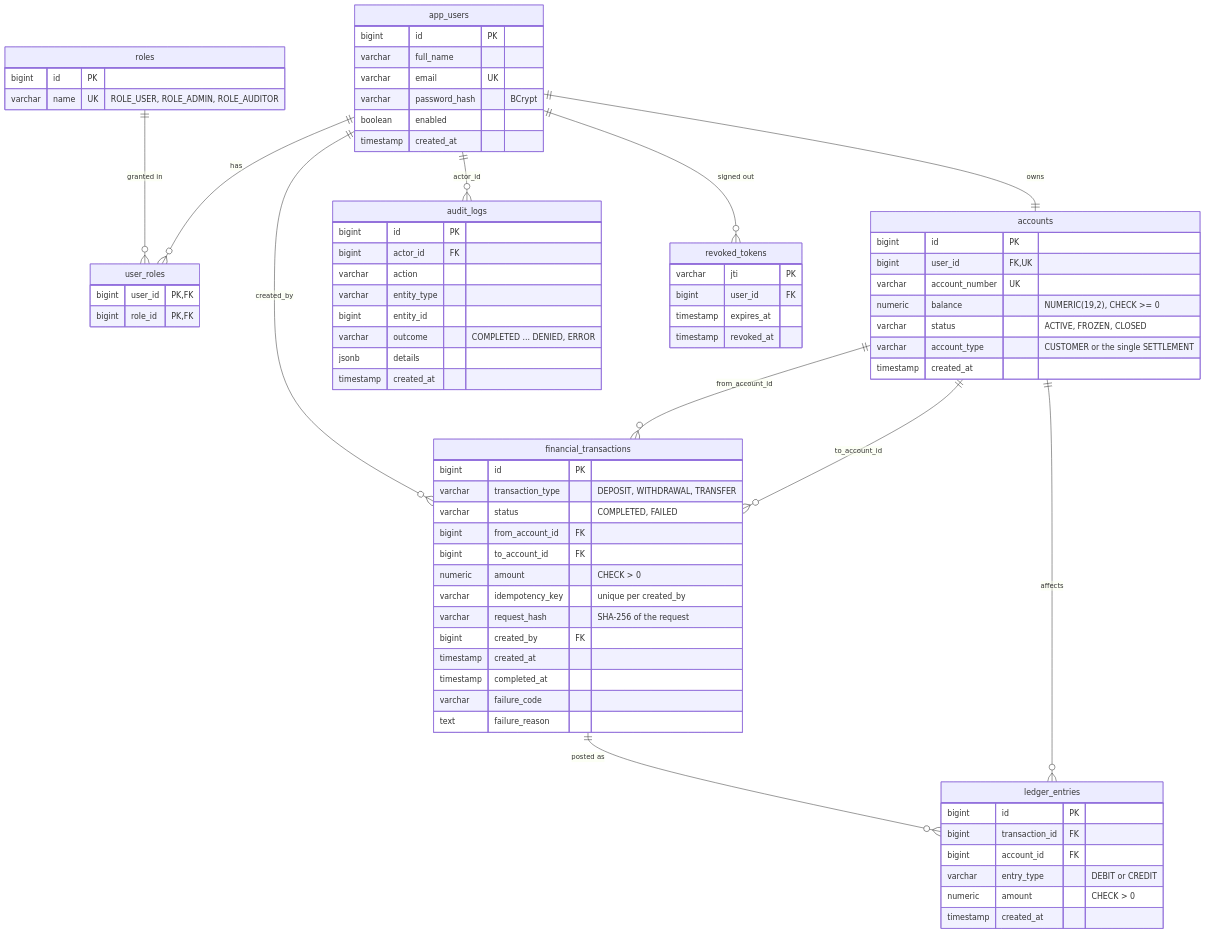
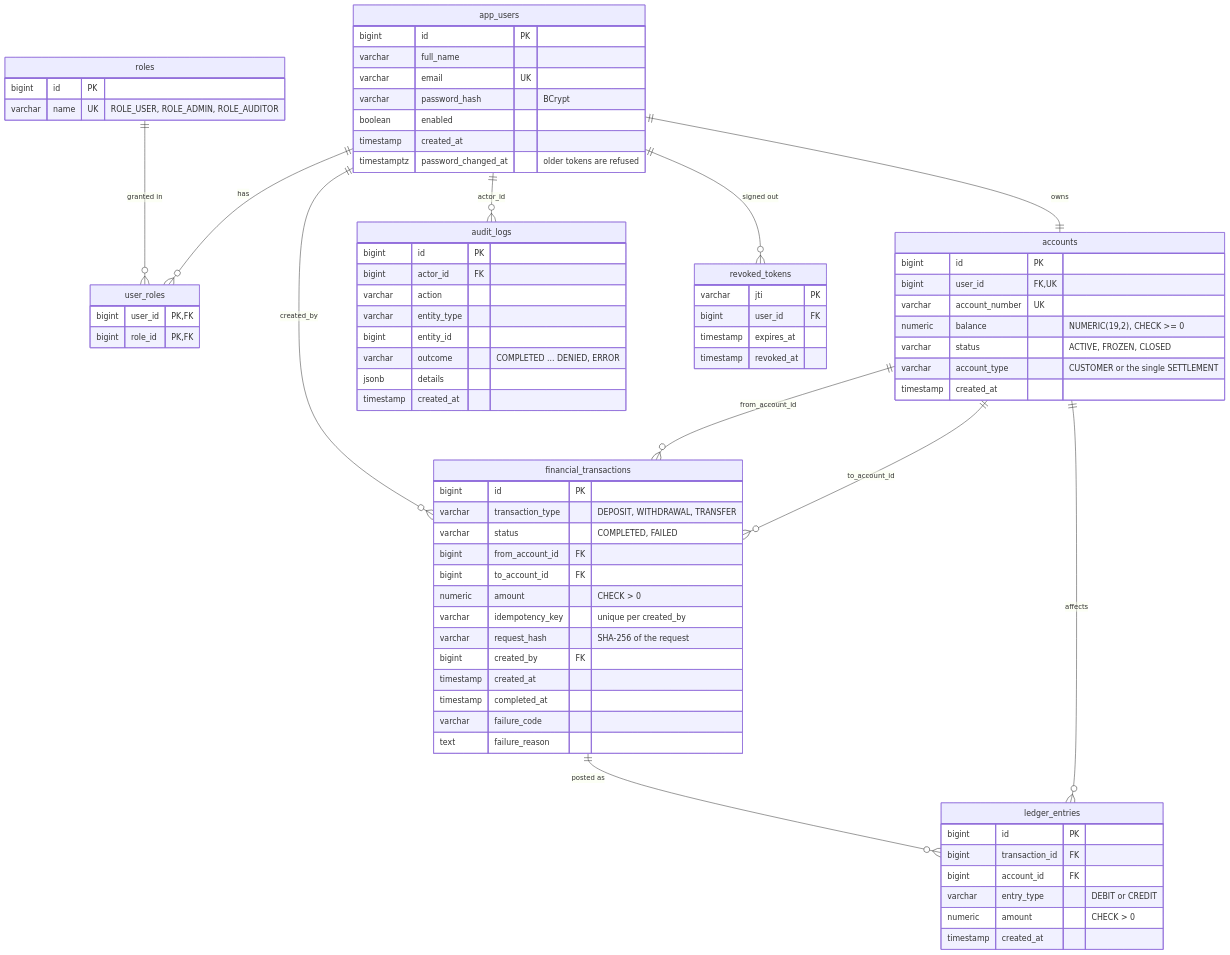
One commit to SHAIKIMRAN01/athena changed the third of 4 diagrams in important/ARCHITECTURE.md. Above: the diagram before and after it, drawn with Mermaid. The commit also changed other lines of this file and 102 other files, not shown here.

````diff
--- a/important/ARCHITECTURE.md
+++ b/important/ARCHITECTURE.md
@@ -110,78 +119,79 @@
 ```mermaid
 erDiagram
     roles ||--o{ user_roles : "granted in"
     app_users ||--o{ user_roles : has
     app_users ||--|| accounts : owns
     app_users ||--o{ financial_transactions : "created_by"
     accounts ||--o{ financial_transactions : "from_account_id"
     accounts ||--o{ financial_transactions : "to_account_id"
     financial_transactions ||--o{ ledger_entries : "posted as"
     accounts ||--o{ ledger_entries : "affects"
     app_users ||--o{ audit_logs : "actor_id"
     app_users ||--o{ revoked_tokens : "signed out"
 
     roles {
         bigint id PK
         varchar name UK "ROLE_USER, ROLE_ADMIN, ROLE_AUDITOR"
     }
     app_users {
         bigint id PK
         varchar full_name
         varchar email UK
         varchar password_hash "BCrypt"
         boolean enabled
         timestamp created_at
+        timestamptz password_changed_at "older tokens are refused"
     }
     user_roles {
         bigint user_id PK, FK
         bigint role_id PK, FK
     }
     accounts {
         bigint id PK
         bigint user_id FK, UK
         varchar account_number UK
         numeric balance "NUMERIC(19,2), CHECK >= 0"
         varchar status "ACTIVE, FROZEN, CLOSED"
         varchar account_type "CUSTOMER or the single SETTLEMENT"
         timestamp created_at
     }
     financial_transactions {
         bigint id PK
         varchar transaction_type "DEPOSIT, WITHDRAWAL, TRANSFER"
         varchar status "COMPLETED, FAILED"
         bigint from_account_id FK
         bigint to_account_id FK
         numeric amount "CHECK > 0"
         varchar idempotency_key "unique per created_by"
         varchar request_hash "SHA-256 of the request"
         bigint created_by FK
         timestamp created_at
         timestamp completed_at
         varchar failure_code
         text failure_reason
     }
     ledger_entries {
         bigint id PK
         bigint transaction_id FK
         bigint account_id FK
         varchar entry_type "DEBIT or CREDIT"
         numeric amount "CHECK > 0"
         timestamp created_at
     }
     audit_logs {
         bigint id PK
         bigint actor_id FK
         varchar action
         varchar entity_type
         bigint entity_id
         varchar outcome "COMPLETED ... DENIED, ERROR"
         jsonb details
         timestamp created_at
     }
     revoked_tokens {
         varchar jti PK
         bigint user_id FK
         timestamp expires_at
         timestamp revoked_at
     }
 ```
````
